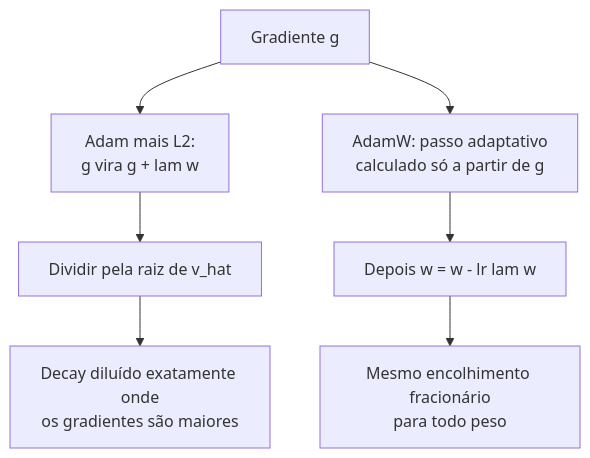
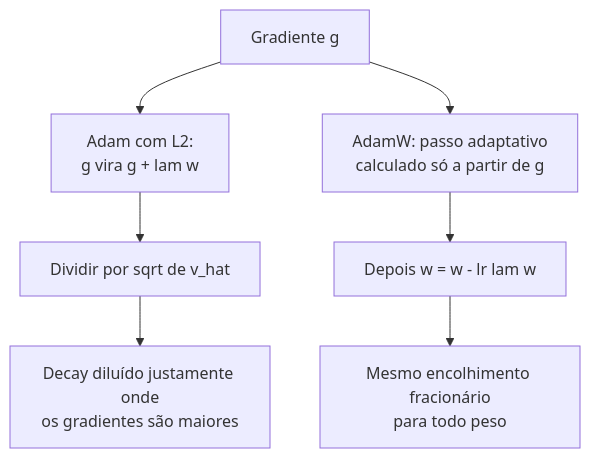
Before and after one commit to andrevberaldo/AI-Engineer-Interview-Questions: diagram 12 of 27 in 01-ml-and-dl-foundations/questions.pt-BR.md, drawn with Mermaid. The commit also changed other lines of this file, not shown here.

````diff
--- a/01-ml-and-dl-foundations/questions.pt-BR.md
+++ b/01-ml-and-dl-foundations/questions.pt-BR.md
@@ -584,9 +584,9 @@
 ```mermaid
 flowchart TD
-    A["Gradiente g"] --> B["Adam mais L2:<br/>g vira g + lam w"]
-    B --> C["Dividir pela raiz de v_hat"]
-    C --> D["Decay diluído exatamente onde<br/>os gradientes são maiores"]
+    A["Gradiente g"] --> B["Adam com L2:<br/>g vira g + lam w"]
+    B --> C["Dividir por sqrt de v_hat"]
+    C --> D["Decay diluído justamente onde<br/>os gradientes são maiores"]
     A --> E["AdamW: passo adaptativo<br/>calculado só a partir de g"]
     E --> F["Depois w = w - lr lam w"]
     F --> G["Mesmo encolhimento fracionário<br/>para todo peso"]
 ```
````
